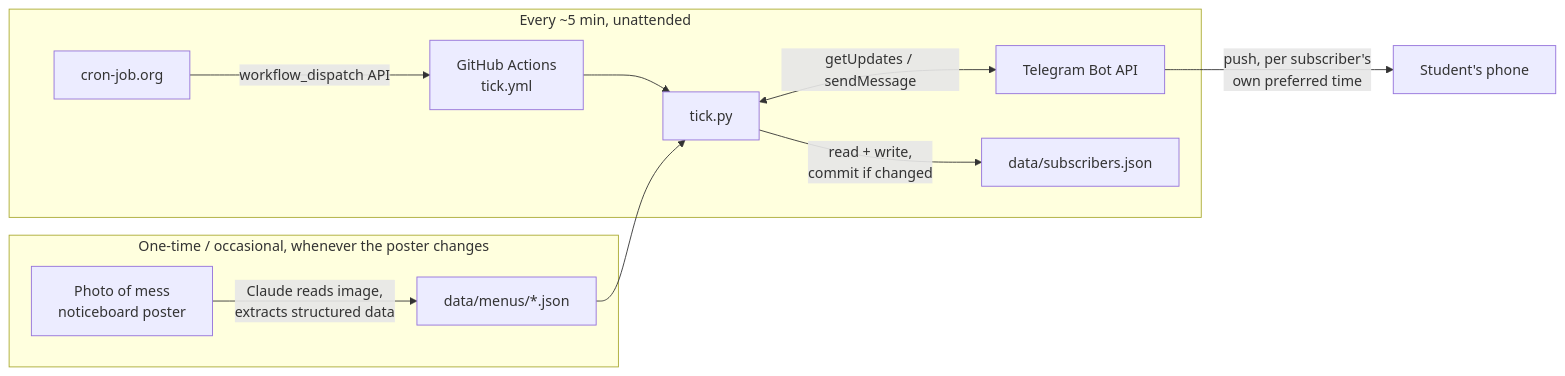
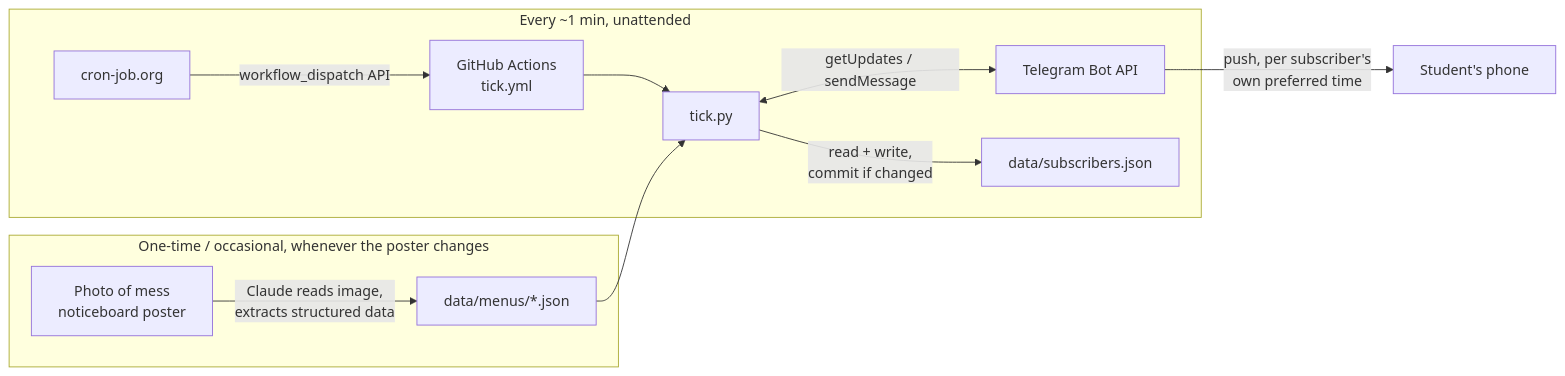
The diagram in ARCHITECTURE.md (eklavyamathur9/NotiMess), drawn with Mermaid before and after one commit. The commit also changed other lines of this file and 4 other files, not shown here.

````diff
--- a/ARCHITECTURE.md
+++ b/ARCHITECTURE.md
@@ -9,16 +9,16 @@
 ```mermaid
 flowchart LR
     subgraph "One-time / occasional, whenever the poster changes"
         A[Photo of mess<br/>noticeboard poster] -->|Claude reads image,<br/>extracts structured data| B[data/menus/*.json]
     end
 
-    subgraph "Every ~5 min, unattended"
+    subgraph "Every ~1 min, unattended"
         X[cron-job.org] -->|workflow_dispatch API| C[GitHub Actions<br/>tick.yml]
         C --> D[tick.py]
         B --> D
         D <-->|getUpdates / sendMessage| TG[Telegram Bot API]
         D -->|read + write,<br/>commit if changed| S[data/subscribers.json]
     end
 
     TG -->|push, per subscriber's<br/>own preferred time| U[Student's phone]
 ```
````
